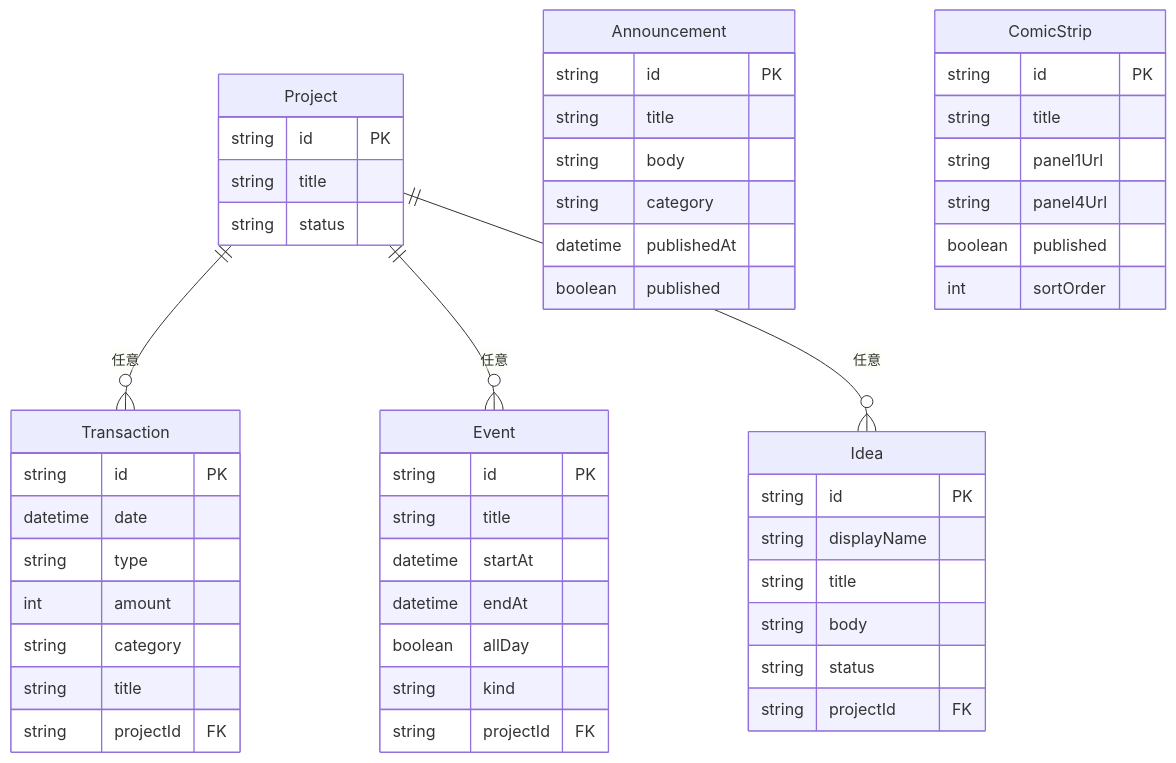
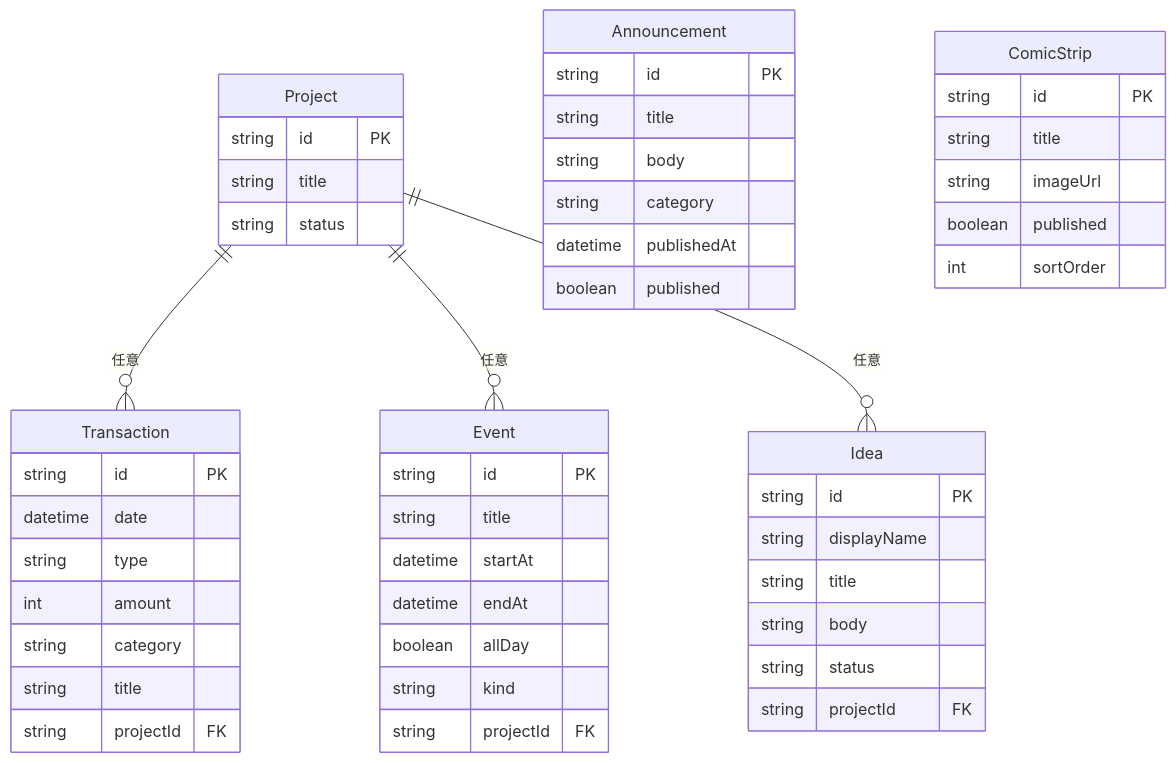
The diagram in docs/architecture/data-model.md (Kaggle-runa/runa-budget-app), drawn with Mermaid before and after one commit. The commit also changed other lines of this file and 16 other files, not shown here.

````diff
--- a/docs/architecture/data-model.md
+++ b/docs/architecture/data-model.md
@@ -8,53 +8,52 @@
 ```mermaid
 erDiagram
   Project ||--o{ Transaction : "任意"
   Project ||--o{ Event : "任意"
   Project ||--o{ Idea : "任意"
   Project {
     string id PK
     string title
     string status
   }
   Transaction {
     string id PK
     datetime date
     string type
     int amount
     string category
     string title
     string projectId FK
   }
   Event {
     string id PK
     string title
     datetime startAt
     datetime endAt
     boolean allDay
     string kind
     string projectId FK
   }
   Idea {
     string id PK
     string displayName
     string title
     string body
     string status
     string projectId FK
   }
   Announcement {
     string id PK
     string title
     string body
     string category
     datetime publishedAt
     boolean published
   }
   ComicStrip {
     string id PK
     string title
-    string panel1Url
-    string panel4Url
+    string imageUrl
     boolean published
     int sortOrder
   }
 ```
````
